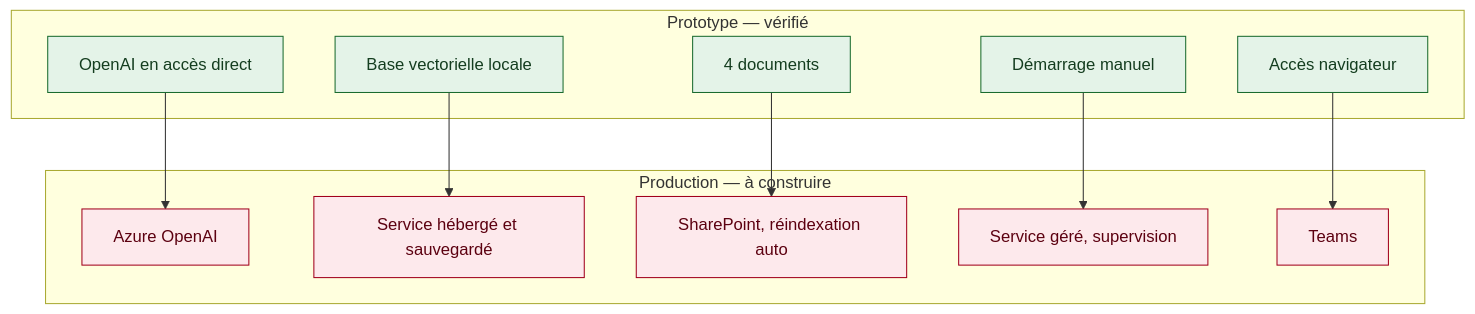
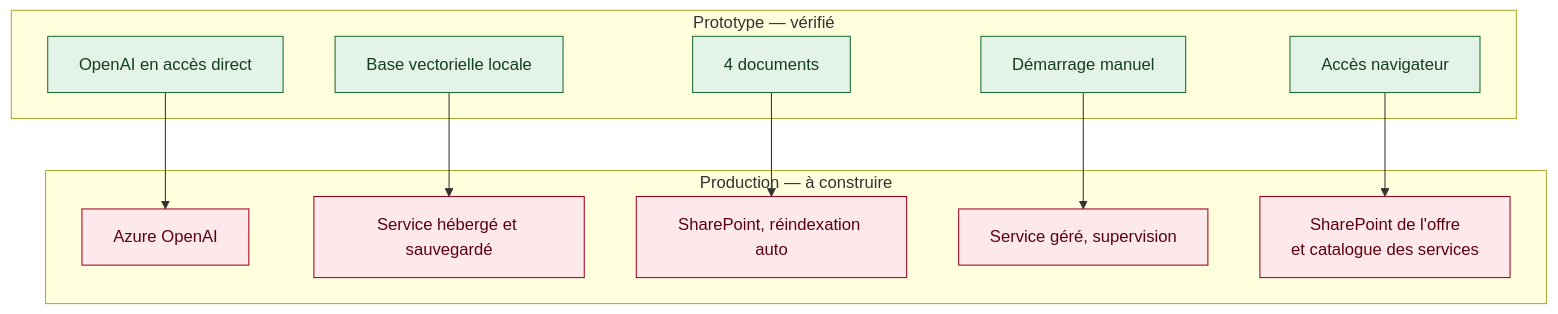
The diagram in 7-ecart-prototype-production.md (margotmc-web/Chatbot_PPV_BC07), drawn with Mermaid before and after one commit. The commit also changed 11 other files, not shown here.

````diff
--- a/7-ecart-prototype-production.md
+++ b/7-ecart-prototype-production.md
@@ -3,27 +3,27 @@
 ```mermaid
 flowchart TB
     subgraph P["Prototype — vérifié"]
         P1[OpenAI en accès direct]
         P2[Base vectorielle locale]
         P3[4 documents]
         P4[Démarrage manuel]
         P5[Accès navigateur]
     end
     subgraph C["Production — à construire"]
         C1[Azure OpenAI]
         C2[Service hébergé et sauvegardé]
         C3[SharePoint, réindexation auto]
         C4[Service géré, supervision]
-        C5[Teams]
+        C5[SharePoint de l'offre<br/>et catalogue des services]
     end
     P1 --> C1
     P2 --> C2
     P3 --> C3
     P4 --> C4
     P5 --> C5
 
     classDef proto fill:#e4f3e8,stroke:#1a6b2f,color:#143d1f;
     classDef prod fill:#fde9ec,stroke:#a1001c,color:#5c0010;
     class P1,P2,P3,P4,P5 proto
     class C1,C2,C3,C4,C5 prod
 ```
````
